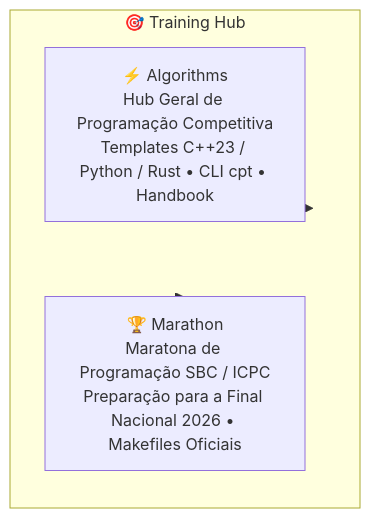
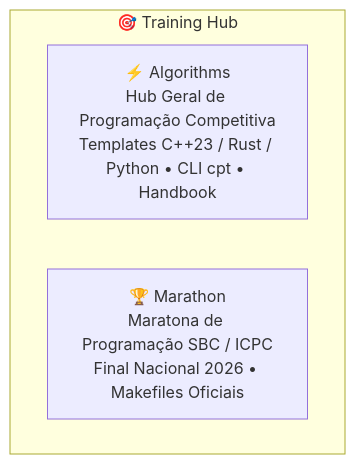
The diagram in README.md (GabrielFrigo4/training), drawn with Mermaid before and after one commit. The commit also changed 2 other files, not shown here.

Commit message:
refactor(training): add branch=main to submodules, make mermaid compact and update CI

````diff
--- a/README.md
+++ b/README.md
@@ -22,11 +22,8 @@
 ```mermaid
 flowchart TD
     subgraph TH ["🎯 Training Hub"]
-        direction TB
-        ALGO["⚡ Algorithms<br/>Hub Geral de Programação Competitiva<br/>Templates C++23 / Python / Rust • CLI cpt • Handbook"]
-        MARA["🏆 Marathon<br/>Maratona de Programação SBC / ICPC<br/>Preparação para a Final Nacional 2026 • Makefiles Oficiais"]
+        direction LR
+        ALGO["⚡ Algorithms<br/>Hub Geral de Programação Competitiva<br/>Templates C++23 / Rust / Python • CLI cpt • Handbook"]
+        MARA["🏆 Marathon<br/>Maratona de Programação SBC / ICPC<br/>Final Nacional 2026 • Makefiles Oficiais"]
     end
-
-    TH --> ALGO
-    TH --> MARA
 ```
````
